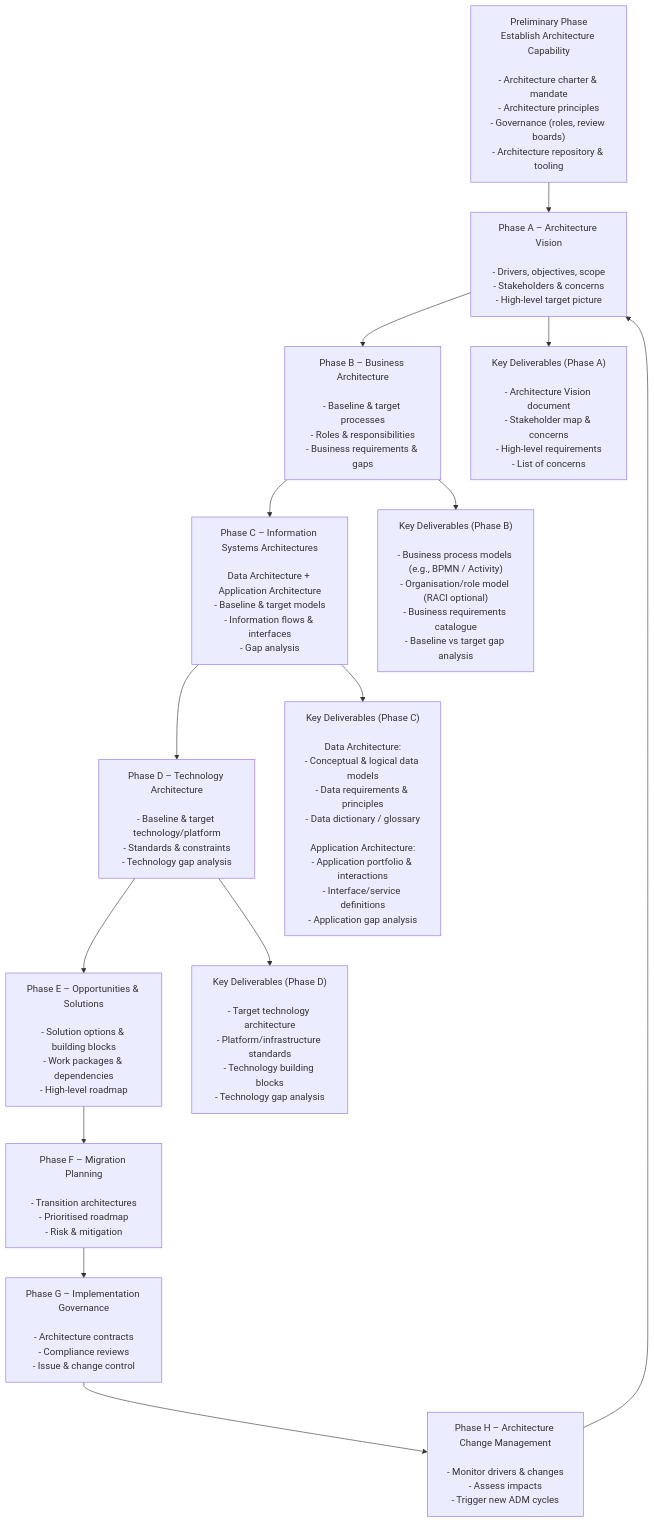
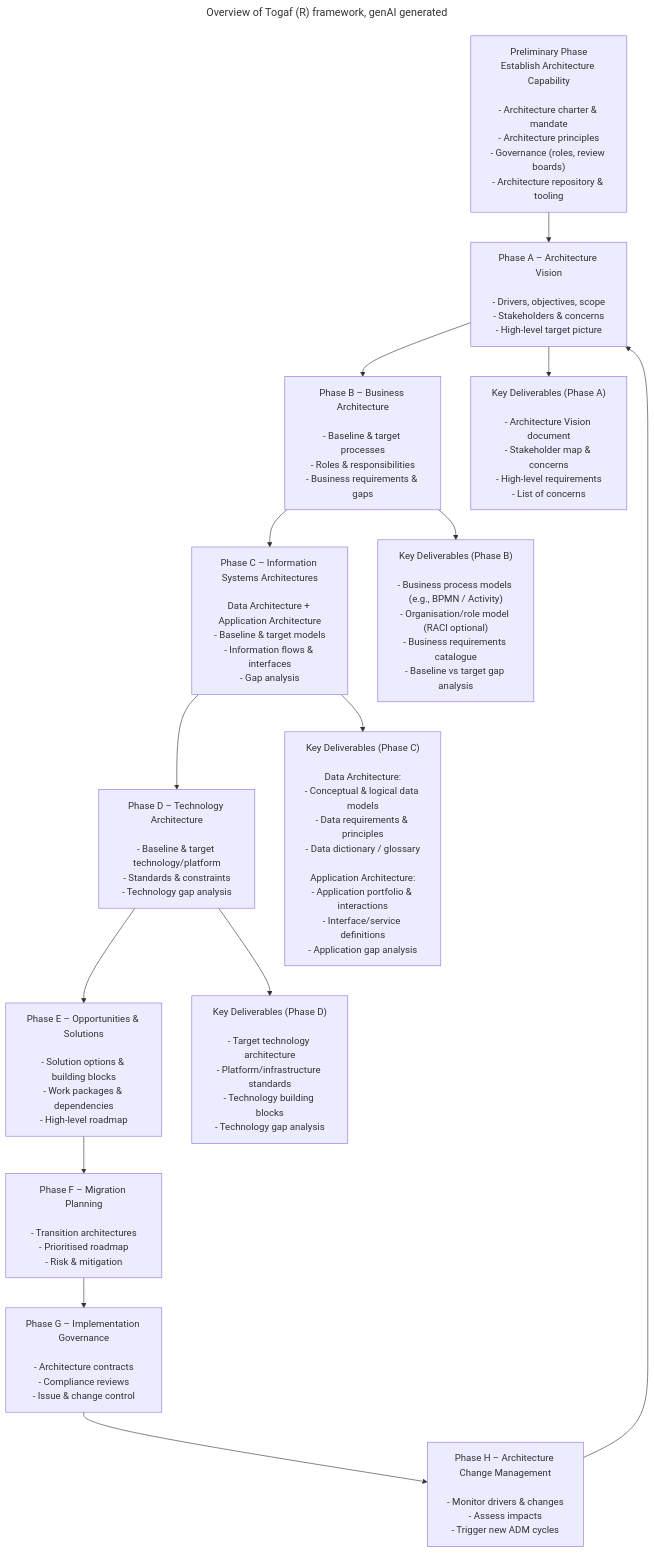
Before and after one commit to PeterBlattner/KCDB-KC: the diagram in design/togaf.mmd, drawn with Mermaid. The commit also changed 11 other files, not shown here.

```diff
--- a/design/togaf.mmd
+++ b/design/togaf.mmd
@@ -1,32 +1,37 @@
+---
+title: Overview of Togaf (R) framework, genAI generated
+---
+
+
 flowchart TB
   %% TOGAF ADM (generic) with key deliverable callouts
   %% Mermaid 10.x / VS Code friendly
 
   A0["Preliminary Phase<br/>Establish Architecture Capability<br/><br/>- Architecture charter &amp; mandate<br/>- Architecture principles<br/>- Governance (roles, review boards)<br/>- Architecture repository &amp; tooling"] --> A1
 
   A1["Phase A – Architecture Vision<br/><br/>- Drivers, objectives, scope<br/>- Stakeholders &amp; concerns<br/>- High-level target picture"] --> B
 
   B["Phase B – Business Architecture<br/><br/>- Baseline &amp; target processes<br/>- Roles &amp; responsibilities<br/>- Business requirements &amp; gaps"] --> C
 
   C["Phase C – Information Systems Architectures<br/><br/>Data Architecture + Application Architecture<br/>- Baseline &amp; target models<br/>- Information flows &amp; interfaces<br/>- Gap analysis"] --> D
 
   D["Phase D – Technology Architecture<br/><br/>- Baseline &amp; target technology/platform<br/>- Standards &amp; constraints<br/>- Technology gap analysis"] --> E
 
   E["Phase E – Opportunities &amp; Solutions<br/><br/>- Solution options &amp; building blocks<br/>- Work packages &amp; dependencies<br/>- High-level roadmap"] --> F
 
   F["Phase F – Migration Planning<br/><br/>- Transition architectures<br/>- Prioritised roadmap<br/>- Risk &amp; mitigation"] --> G
 
   G["Phase G – Implementation Governance<br/><br/>- Architecture contracts<br/>- Compliance reviews<br/>- Issue &amp; change control"] --> H
 
   H["Phase H – Architecture Change Management<br/><br/>- Monitor drivers &amp; changes<br/>- Assess impacts<br/>- Trigger new ADM cycles"] --> A1
 
 
   %% Key deliverables (separate callouts)
 
   A1 --> Ax["Key Deliverables (Phase A)<br/><br/>- Architecture Vision document<br/>- Stakeholder map &amp; concerns<br/>- High-level requirements<br/>- List of concerns"]
 
   B --> Bx["Key Deliverables (Phase B)<br/><br/>- Business process models (e.g., BPMN / Activity)<br/>- Organisation/role model (RACI optional)<br/>- Business requirements catalogue<br/>- Baseline vs target gap analysis"]
 
   C --> Cx["Key Deliverables (Phase C)<br/><br/>Data Architecture:<br/>- Conceptual &amp; logical data models<br/>- Data requirements &amp; principles<br/>- Data dictionary / glossary<br/><br/>Application Architecture:<br/>- Application portfolio &amp; interactions<br/>- Interface/service definitions<br/>- Application gap analysis"]
 
   D --> Dx["Key Deliverables (Phase D)<br/><br/>- Target technology architecture<br/>- Platform/infrastructure standards<br/>- Technology building blocks<br/>- Technology gap analysis"]
```
